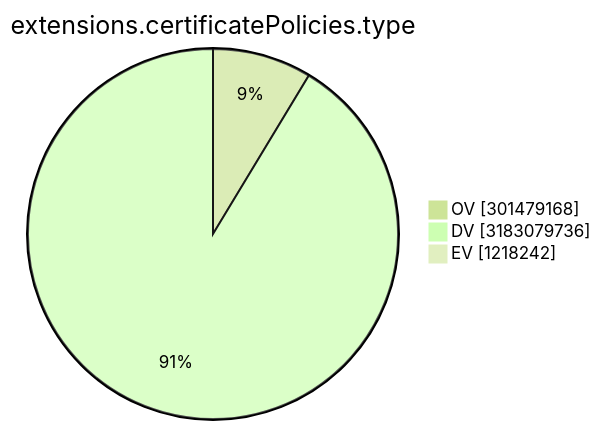
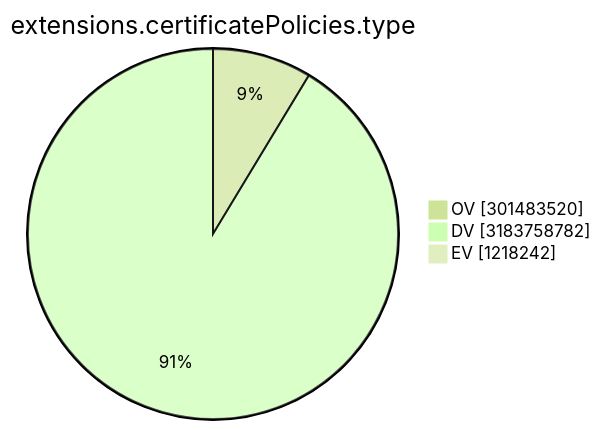
Before and after one commit to christiankrug/ctmonitor_visualization: the ninth of 15 diagrams in TOTAL/README.md, drawn with Mermaid (forest theme). The commit also changed other lines of this file, not shown here.

````diff
--- a/TOTAL/README.md
+++ b/TOTAL/README.md
@@ -3106,7 +3106,7 @@
 ```mermaid
 pie showData
 title extensions.certificatePolicies.type
-"OV" :301479168
-"DV" :3183079736
+"OV" :301483520
+"DV" :3183758782
 "EV" :1218242
 ```
````
